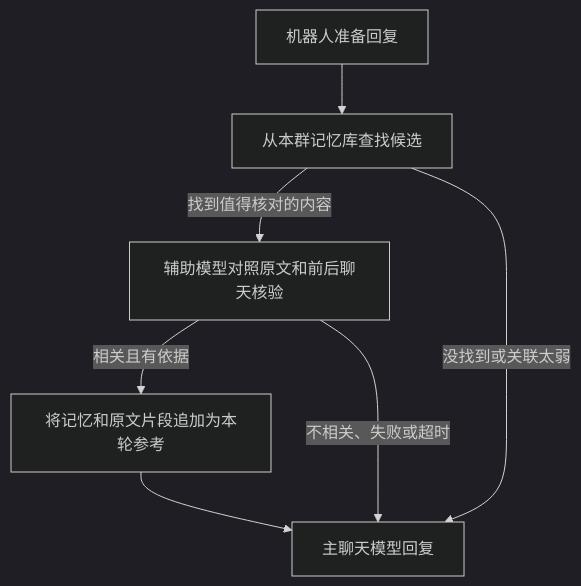
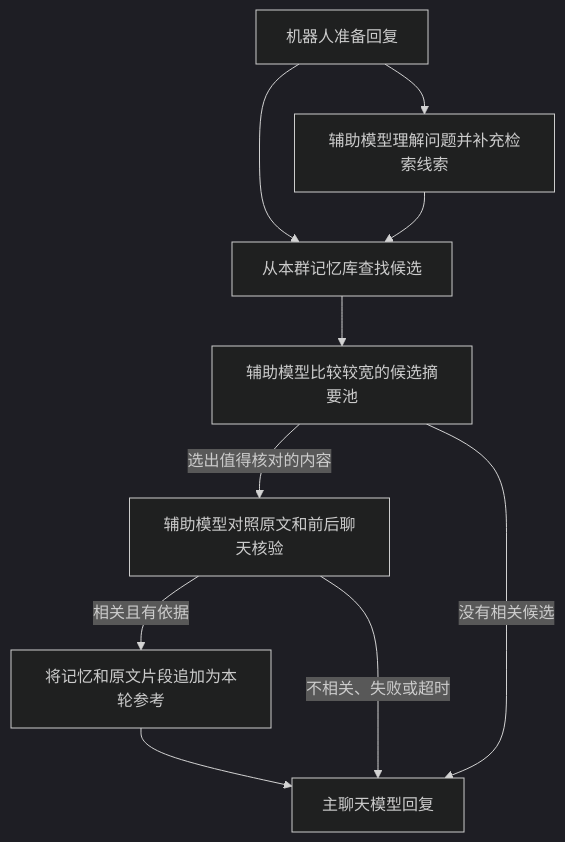
Before and after one commit to camera-2018/astrbot_plugin_eyewitness_memory: the diagram in README.md, drawn with Mermaid (dark theme). The commit also changed other lines of this file and 28 other files, not shown here.

````diff
--- a/README.md
+++ b/README.md
@@ -97,9 +97,12 @@
 ```mermaid
 flowchart TD
     A[机器人准备回复] --> B[从本群记忆库查找候选]
-    B -->|找到值得核对的内容| C[辅助模型对照原文和前后聊天核验]
+    A --> Q[辅助模型理解问题并补充检索线索]
+    Q --> B
+    B --> S[辅助模型比较较宽的候选摘要池]
+    S -->|选出值得核对的内容| C[辅助模型对照原文和前后聊天核验]
     C -->|相关且有依据| D[将记忆和原文片段追加为本轮参考]
     D --> E[主聊天模型回复]
-    B -->|没找到或关联太弱| E
+    S -->|没有相关候选| E
     C -->|不相关、失败或超时| E
 ```
````
